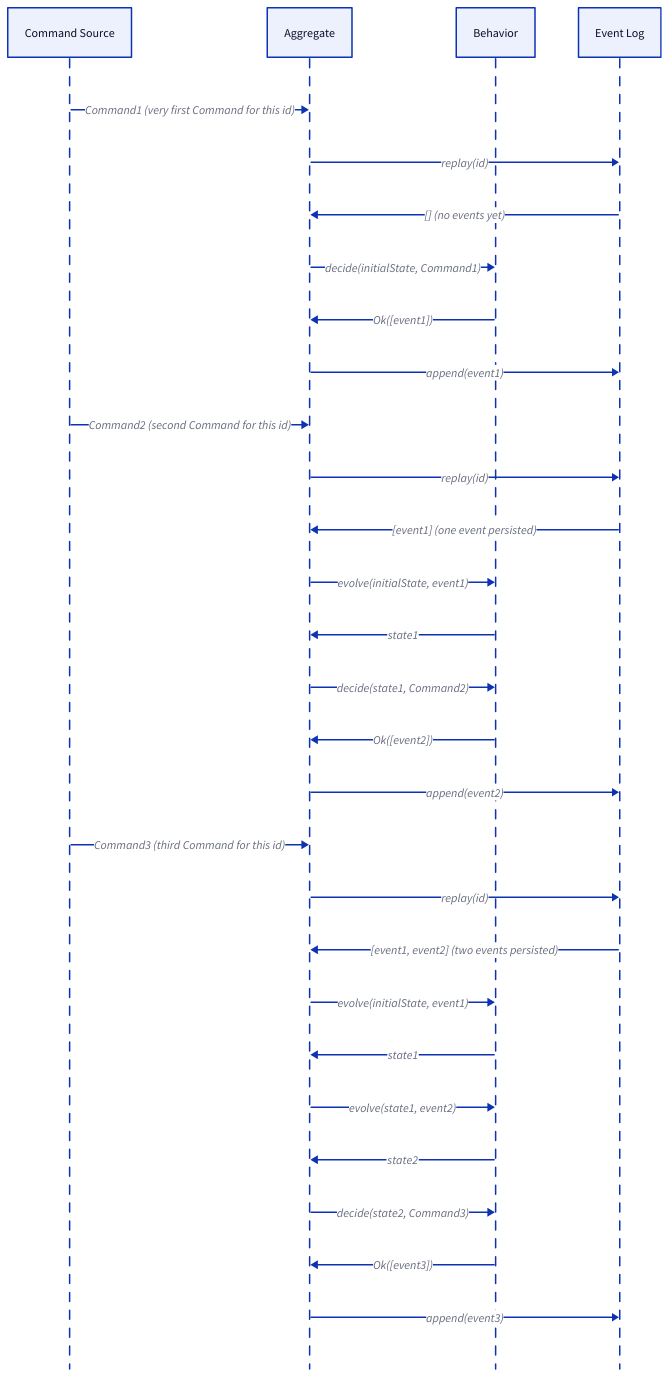
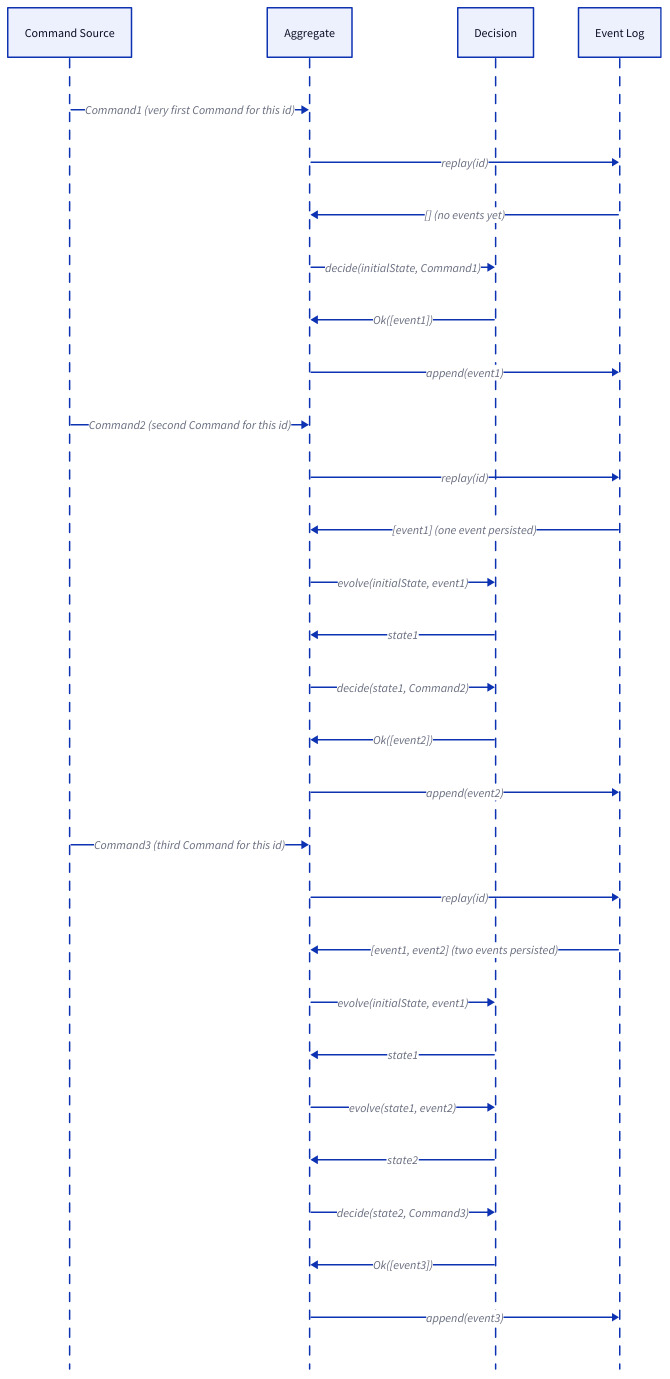
The second of 2 diagrams in packages/doc/docs-app/components/aggregate.md (ReventlessDev/reventless-core), drawn with D2 before and after one commit. The commit also changed other lines of this file and 80 other files, not shown here.

````diff
--- a/packages/doc/docs-app/components/aggregate.md
+++ b/packages/doc/docs-app/components/aggregate.md
@@ -245,35 +245,35 @@
 ```d2
 shape: sequence_diagram
 
 CommandSource: Command Source { class: command-generator }
 Aggregate: Aggregate { class: aggregate }
-Behavior: Behavior { class: spec }
+Decision: Decision { class: spec }
 EventLog: Event Log { class: event-log }
 
 CommandSource -> Aggregate: "Command1 (very first Command for this id)"
 Aggregate -> EventLog: "replay(id)"
 EventLog --> Aggregate: "[] (no events yet)"
-Aggregate -> Behavior: "decide(initialState, Command1)"
-Behavior --> Aggregate: "Ok([event1])"
+Aggregate -> Decision: "decide(initialState, Command1)"
+Decision --> Aggregate: "Ok([event1])"
 Aggregate -> EventLog: "append(event1)"
 
 CommandSource -> Aggregate: "Command2 (second Command for this id)"
 Aggregate -> EventLog: "replay(id)"
 EventLog --> Aggregate: "[event1] (one event persisted)"
-Aggregate -> Behavior: "evolve(initialState, event1)"
-Behavior --> Aggregate: state1
-Aggregate -> Behavior: "decide(state1, Command2)"
-Behavior --> Aggregate: "Ok([event2])"
+Aggregate -> Decision: "evolve(initialState, event1)"
+Decision --> Aggregate: state1
+Aggregate -> Decision: "decide(state1, Command2)"
+Decision --> Aggregate: "Ok([event2])"
 Aggregate -> EventLog: "append(event2)"
 
 CommandSource -> Aggregate: "Command3 (third Command for this id)"
 Aggregate -> EventLog: "replay(id)"
 EventLog --> Aggregate: "[event1, event2] (two events persisted)"
-Aggregate -> Behavior: "evolve(initialState, event1)"
-Behavior --> Aggregate: state1
-Aggregate -> Behavior: "evolve(state1, event2)"
-Behavior --> Aggregate: state2
-Aggregate -> Behavior: "decide(state2, Command3)"
-Behavior --> Aggregate: "Ok([event3])"
+Aggregate -> Decision: "evolve(initialState, event1)"
+Decision --> Aggregate: state1
+Aggregate -> Decision: "evolve(state1, event2)"
+Decision --> Aggregate: state2
+Aggregate -> Decision: "decide(state2, Command3)"
+Decision --> Aggregate: "Ok([event3])"
 Aggregate -> EventLog: "append(event3)"
 ```
````
